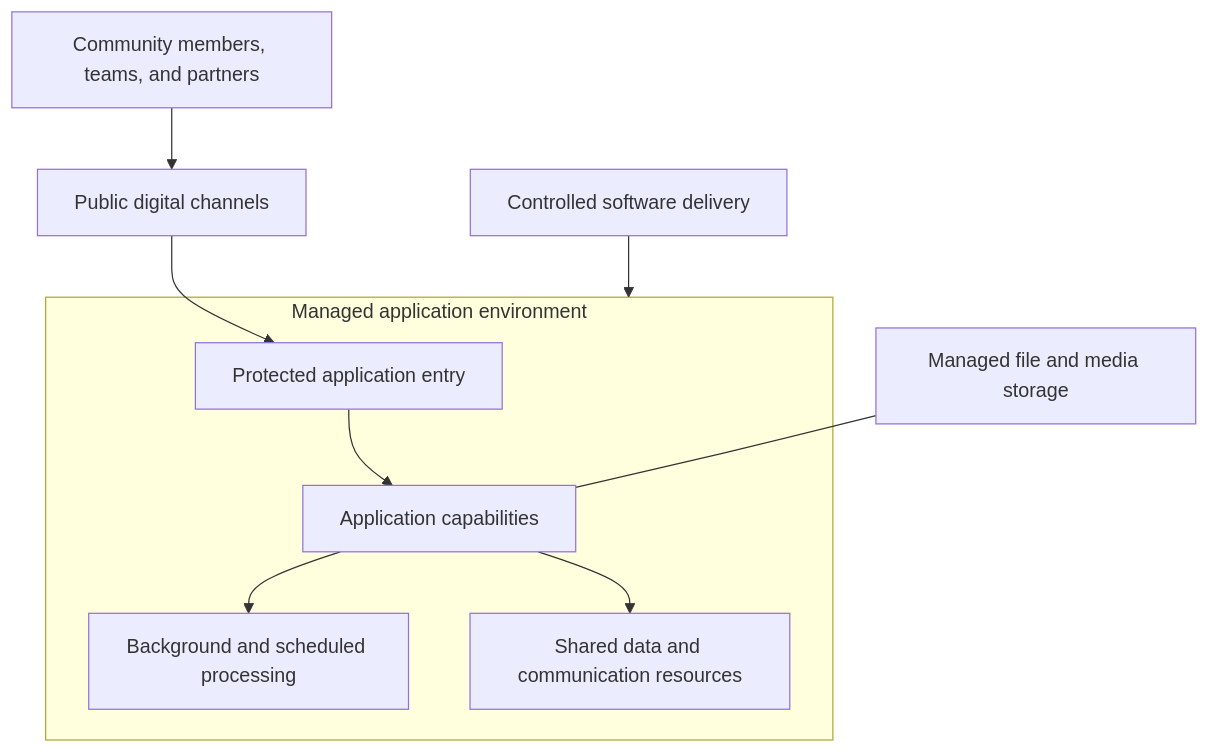
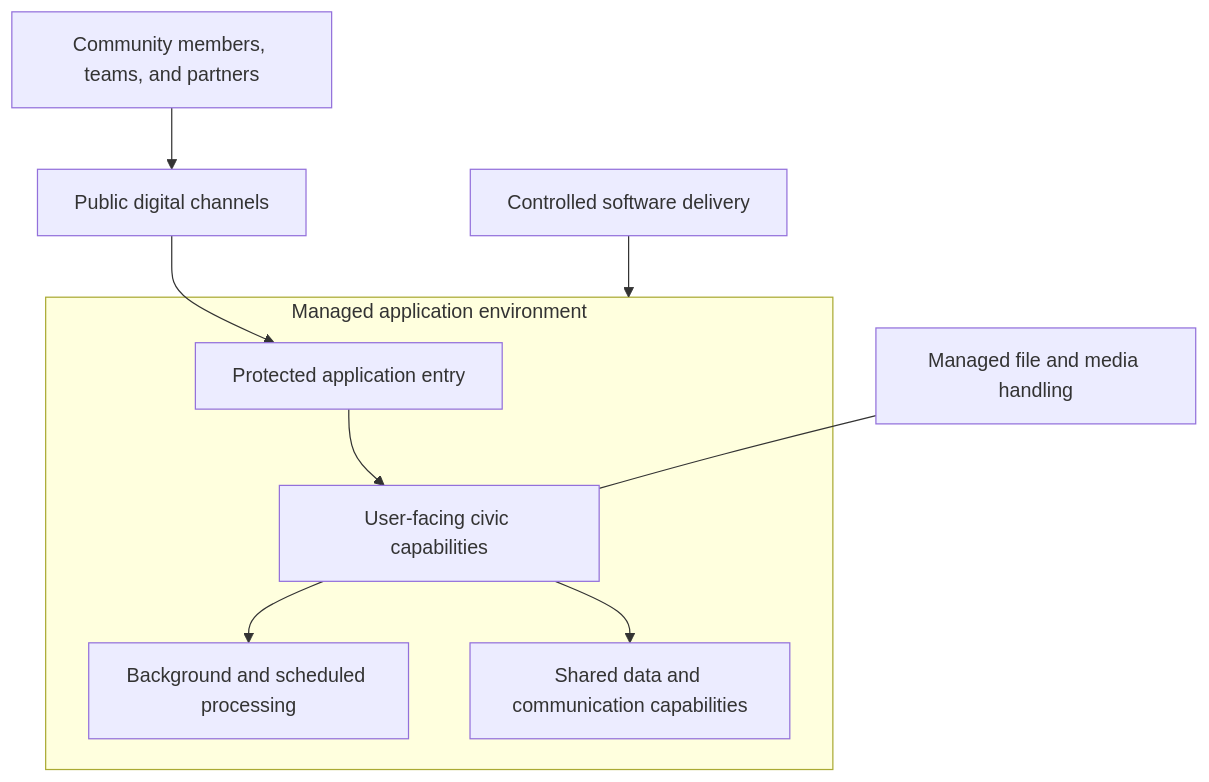
One commit to nammuru2026-vishnu/Nammuru.org changed the fifth of 6 diagrams in nammuru_solution_architecture.md. Above: the diagram before and after it, drawn with Mermaid. The commit also changed other lines of this file, not shown here.

````diff
--- a/nammuru_solution_architecture.md
+++ b/nammuru_solution_architecture.md
@@ -86,14 +98,14 @@
 ```mermaid
 flowchart TB
     USERS[Community members, teams, and partners] --> CHANNELS[Public digital channels]
-    CHANNELS --> EDGE[Protected application entry]
+    CHANNELS --> ENTRY[Protected application entry]
 
     subgraph APP[Managed application environment]
-        EDGE --> CAPABILITIES[Application capabilities]
-        CAPABILITIES --> ASYNC[Background and scheduled processing]
-        CAPABILITIES --> SHARED[Shared data and communication resources]
+        ENTRY --> SERVICES[User-facing civic capabilities]
+        SERVICES --> WORK[Background and scheduled processing]
+        SERVICES --> SHARED[Shared data and communication capabilities]
     end
 
-    FILES[Managed file and media storage] --- CAPABILITIES
+    FILES[Managed file and media handling] --- SERVICES
     DELIVERY[Controlled software delivery] --> APP
 ```
````
